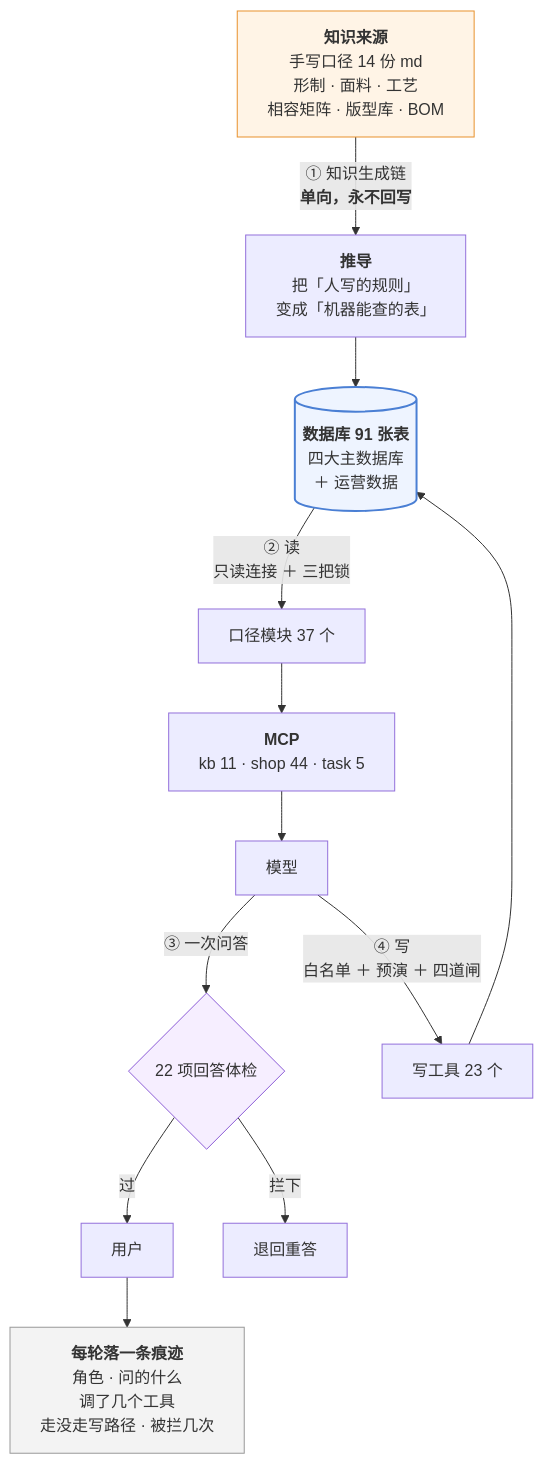
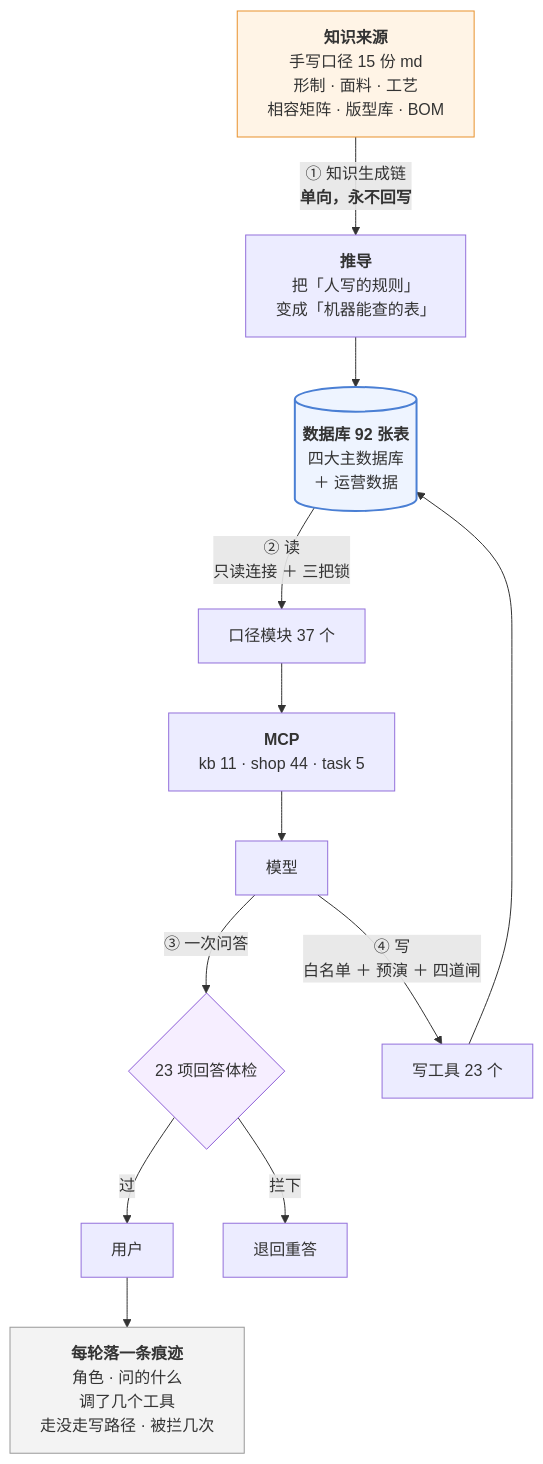
Before and after one commit to 843773296-rgb/lanxiu-yunshang-agent: the third of 3 diagrams in 澜绣云裳agent-产品说明.md, drawn with Mermaid. The commit also changed other lines of this file and 22 other files, not shown here.

````diff
--- a/澜绣云裳agent-产品说明.md
+++ b/澜绣云裳agent-产品说明.md
@@ -867,24 +867,24 @@
 ```mermaid
 flowchart TD
-    MD["<b>知识来源</b><br/>手写口径 14 份 md<br/>形制 · 面料 · 工艺<br/>相容矩阵 · 版型库 · BOM"]
+    MD["<b>知识来源</b><br/>手写口径 15 份 md<br/>形制 · 面料 · 工艺<br/>相容矩阵 · 版型库 · BOM"]
     MD -->|"① 知识生成链<br/><b>单向，永不回写</b>"| DV["<b>推导</b><br/>把「人写的规则」<br/>变成「机器能查的表」"]
-    DV --> DB[("<b>数据库 91 张表</b><br/>四大主数据库<br/>＋ 运营数据")]
+    DV --> DB[("<b>数据库 92 张表</b><br/>四大主数据库<br/>＋ 运营数据")]
 
     DB -->|"② 读<br/>只读连接 ＋ 三把锁"| KJ["口径模块 37 个"]
     KJ --> MCP["<b>MCP</b><br/>kb 11 · shop 44 · task 5"]
     MCP --> LLM["模型"]
 
-    LLM -->|"③ 一次问答"| GD{"22 项回答体检"}
+    LLM -->|"③ 一次问答"| GD{"23 项回答体检"}
     GD -- 过 --> U["用户"]
     GD -- 拦下 --> RE["退回重答"]
 
     LLM -->|"④ 写<br/>白名单 ＋ 预演 ＋ 四道闸"| W["写工具 23 个"]
     W --> DB
 
     U --> TR["<b>每轮落一条痕迹</b><br/>角色 · 问的什么<br/>调了几个工具<br/>走没走写路径 · 被拦几次"]
 
     style MD fill:#fff4e6,stroke:#e8912d
     style DB fill:#eef4ff,stroke:#4a7fd4,stroke-width:2px
     style GD fill:#f6eeff,stroke:#8b5cd6
     style TR fill:#f3f3f3,stroke:#999
 ```
````
